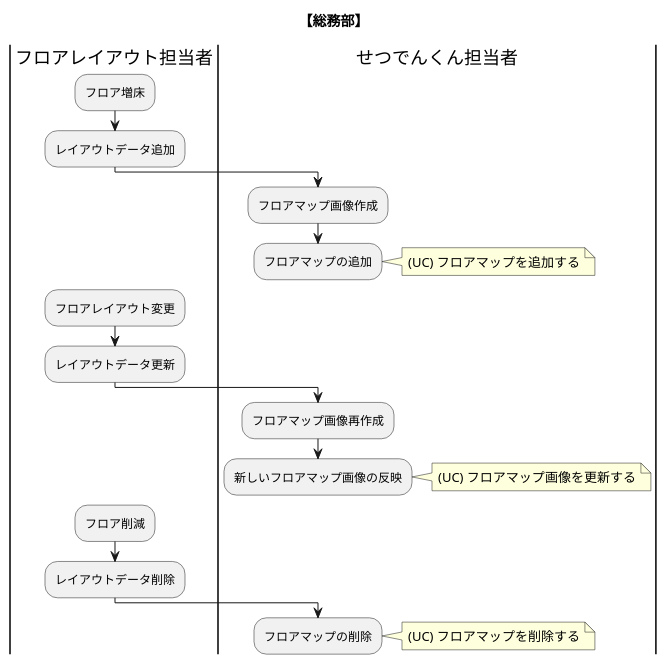
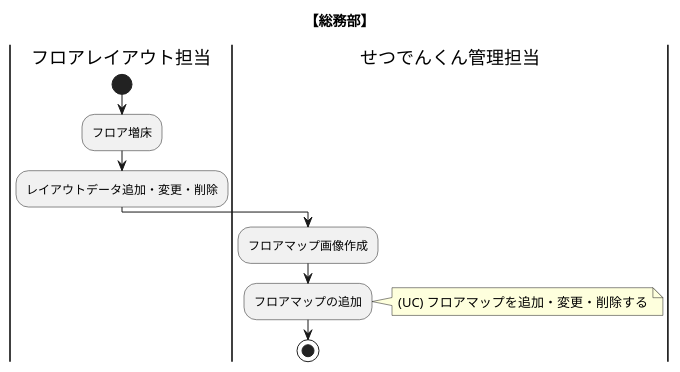
Before and after one commit to kkismd/document-template: the diagram in admin-flow.puml, drawn with PlantUML. The commit also changed 10 other files, not shown here.

```diff
--- a/admin-flow.puml
+++ b/admin-flow.puml
@@ -1,32 +1,14 @@
 @startuml
 title 【総務部】
-|フロアレイアウト担当者|
+|フロアレイアウト担当|
+start
 :フロア増床;
-:レイアウトデータ追加;
+:レイアウトデータ追加・変更・削除;
 
-|せつでんくん担当者|
+|せつでんくん管理担当|
 :フロアマップ画像作成;
 :フロアマップの追加;
-note right: (UC) フロアマップを追加する
-detach
+note right: (UC) フロアマップを追加・変更・削除する
+stop
 
-|フロアレイアウト担当者|
-:フロアレイアウト変更;
-:レイアウトデータ更新;
-
-|せつでんくん担当者|
-:フロアマップ画像再作成;
-:新しいフロアマップ画像の反映;
-note right: (UC) フロアマップ画像を更新する
-detach
-
-
-|フロアレイアウト担当者|
-:フロア削減;
-:レイアウトデータ削除;
-
-|せつでんくん担当者|
-:フロアマップの削除;
-note right: (UC) フロアマップを削除する
-detach
 @enduml
```
